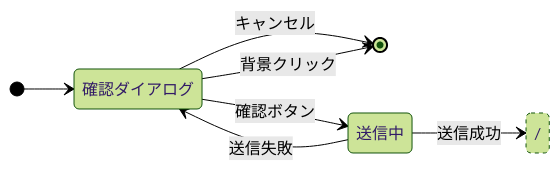
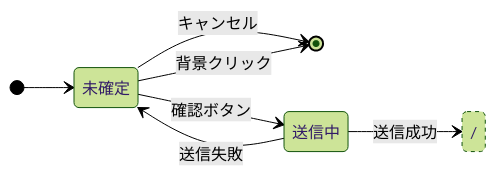
Diagram 13 of 22 in docs/screen-state.md (yukiyamasaki6/aims), drawn with Mermaid (forest theme) before and after one commit. The commit also changed other lines of this file, not shown here.

````diff
--- a/docs/screen-state.md
+++ b/docs/screen-state.md
@@ -394,17 +394,17 @@
 ```mermaid
 stateDiagram-v2
     direction LR
     state "/" as Landing
 
-    [*] --> 確認ダイアログ
+    [*] --> 未確定
 
-    確認ダイアログ --> [*]: キャンセル
-    確認ダイアログ --> [*]: 背景クリック
-    確認ダイアログ --> 送信中: 確認ボタン
+    未確定 --> [*]: キャンセル
+    未確定 --> [*]: 背景クリック
+    未確定 --> 送信中: 確認ボタン
 
-    送信中 --> 確認ダイアログ: 送信失敗
+    送信中 --> 未確定: 送信失敗
     送信中 --> Landing: 送信成功
 
     classDef external stroke-dasharray: 4 4
     class Landing external
 ```
````
